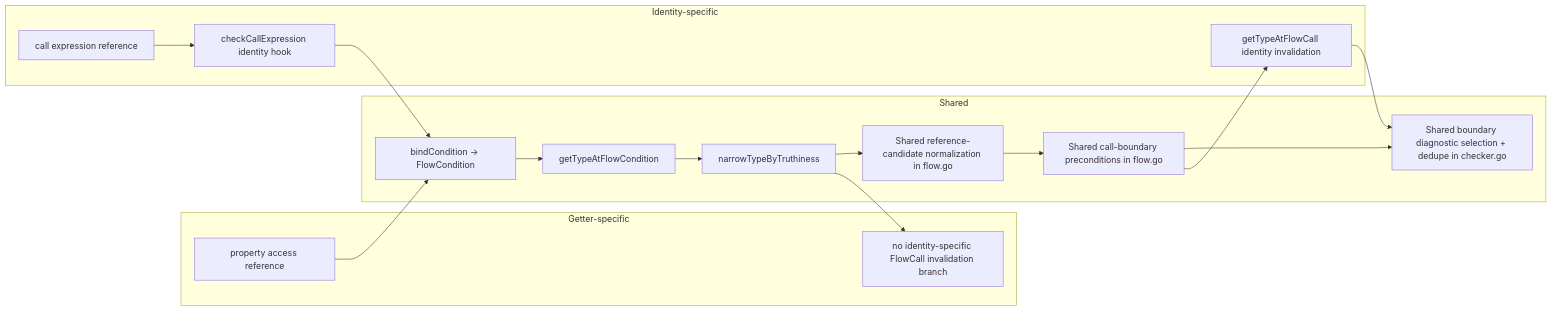
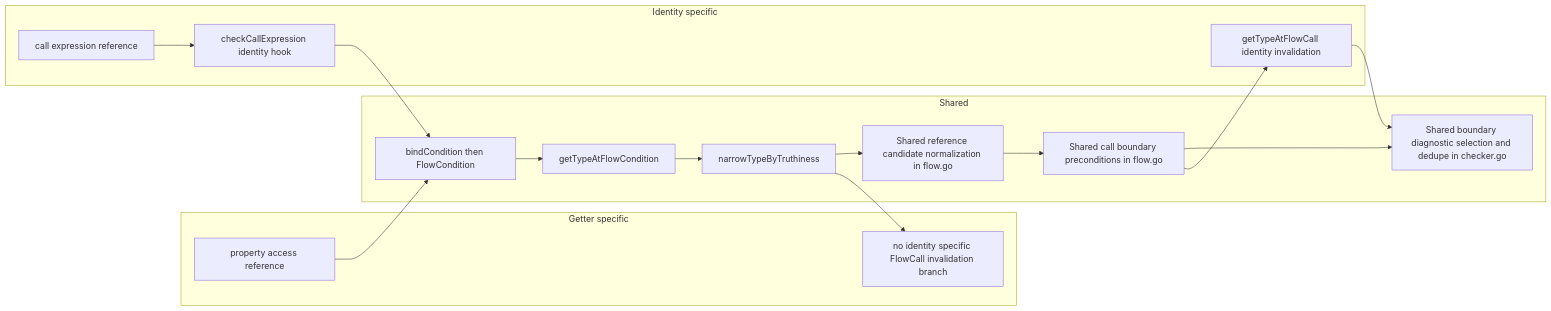
One commit to kbrilla/typescript-go changed the third of 3 diagrams in docs/identity-phase1-pr-description.md. Above: the diagram before and after it, drawn with Mermaid. The commit also changed other lines of this file, not shown here.

Commit message:
docs: fix Mermaid flow graph syntax

````diff
--- a/docs/identity-phase1-pr-description.md
+++ b/docs/identity-phase1-pr-description.md
@@ -74,27 +74,27 @@
 ```mermaid
 flowchart LR
-  subgraph Shared[Shared]
-    S1[bindCondition -> FlowCondition]
-    S2[getTypeAtFlowCondition]
-    S3[narrowTypeByTruthiness]
-    S4[Shared reference-candidate normalization in flow.go]
-    S5[Shared call-boundary preconditions in flow.go]
-    S6[Shared boundary diagnostic selection + dedupe in checker.go]
+  subgraph Shared["Shared"]
+    S1["bindCondition then FlowCondition"]
+    S2["getTypeAtFlowCondition"]
+    S3["narrowTypeByTruthiness"]
+    S4["Shared reference candidate normalization in flow.go"]
+    S5["Shared call boundary preconditions in flow.go"]
+    S6["Shared boundary diagnostic selection and dedupe in checker.go"]
     S1 --> S2 --> S3 --> S4 --> S5 --> S6
   end
 
-  subgraph GetterOnly[Getter-specific]
-    G1[property access reference]
-    G2[no identity-specific FlowCall invalidation branch]
+  subgraph GetterOnly["Getter specific"]
+    G1["property access reference"]
+    G2["no identity specific FlowCall invalidation branch"]
     G1 --> S1
     S3 --> G2
   end
 
-  subgraph IdentityOnly[Identity-specific]
-    I1[call expression reference]
-    I2[checkCallExpression identity hook]
-    I3[getTypeAtFlowCall identity invalidation]
+  subgraph IdentityOnly["Identity specific"]
+    I1["call expression reference"]
+    I2["checkCallExpression identity hook"]
+    I3["getTypeAtFlowCall identity invalidation"]
     I1 --> I2 --> S1
     S5 --> I3 --> S6
   end
 ```
````
